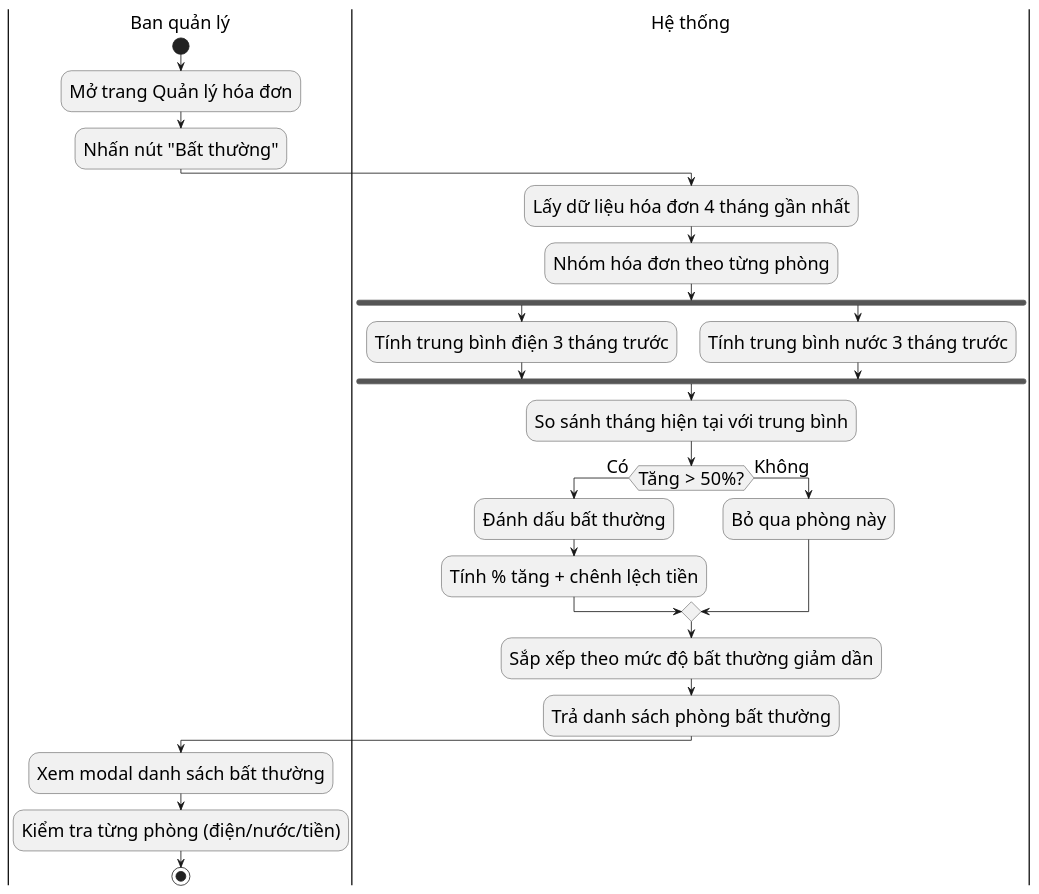
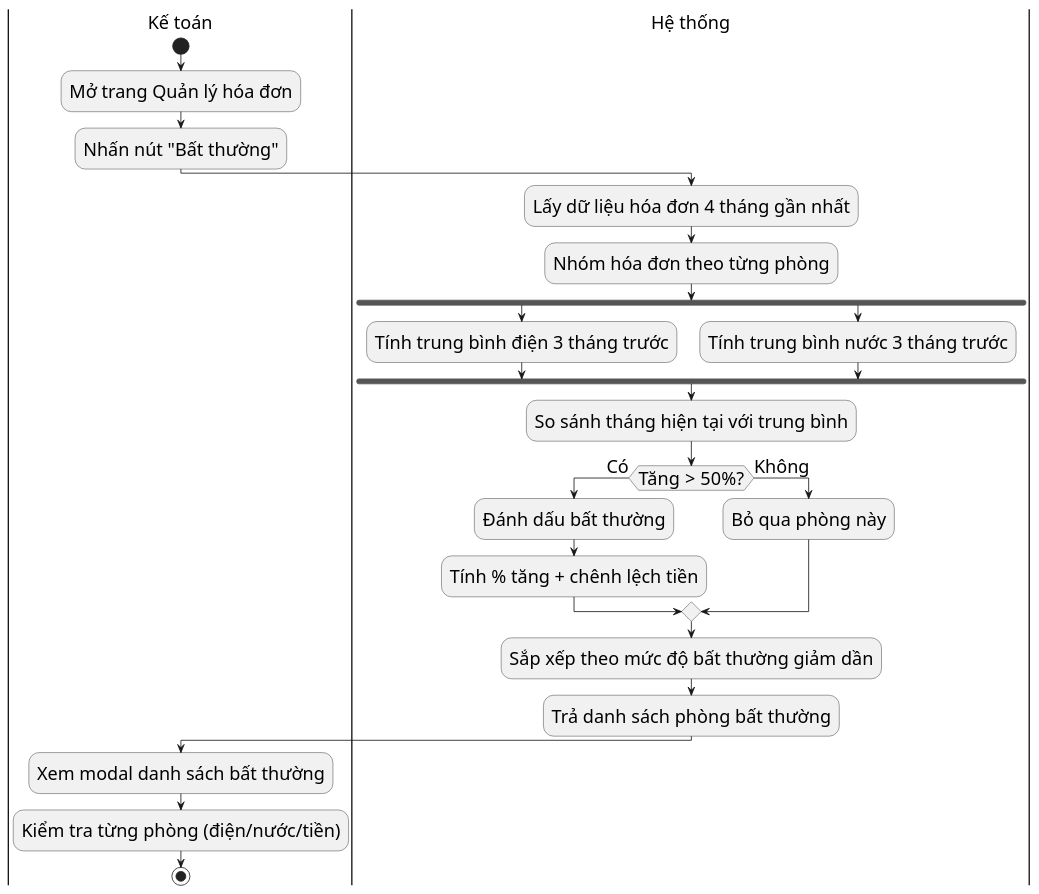
The diagram in diagrams/nhomhoadonthanhtoan/anomaly_detect_activity.puml (s0nbuildtech287/dormitory-frontend), drawn with PlantUML before and after one commit. The commit also changed 5 other files, not shown here.

```diff
--- a/diagrams/nhomhoadonthanhtoan/anomaly_detect_activity.puml
+++ b/diagrams/nhomhoadonthanhtoan/anomaly_detect_activity.puml
@@ -1,30 +1,30 @@
 @startuml "Anomaly Detect Activity"
 skinparam defaultFontSize 22
 skinparam defaultFontName "Times New Roman"
 ' Activity Diagram: Phát hiện bất thường hóa đơn điện/nước
-|Ban quản lý|
+|Kế toán|
 start
 :Mở trang Quản lý hóa đơn;
 :Nhấn nút "Bất thường";
 |Hệ thống|
 :Lấy dữ liệu hóa đơn 4 tháng gần nhất;
 :Nhóm hóa đơn theo từng phòng;
 fork
   :Tính trung bình điện 3 tháng trước;
 fork again
   :Tính trung bình nước 3 tháng trước;
 end fork
 :So sánh tháng hiện tại với trung bình;
 if (Tăng > 50%?) then (Có)
   :Đánh dấu bất thường;
   :Tính % tăng + chênh lệch tiền;
 else (Không)
   :Bỏ qua phòng này;
 endif
 :Sắp xếp theo mức độ bất thường giảm dần;
 :Trả danh sách phòng bất thường;
-|Ban quản lý|
+|Kế toán|
 :Xem modal danh sách bất thường;
 :Kiểm tra từng phòng (điện/nước/tiền);
 stop
 @enduml
```
